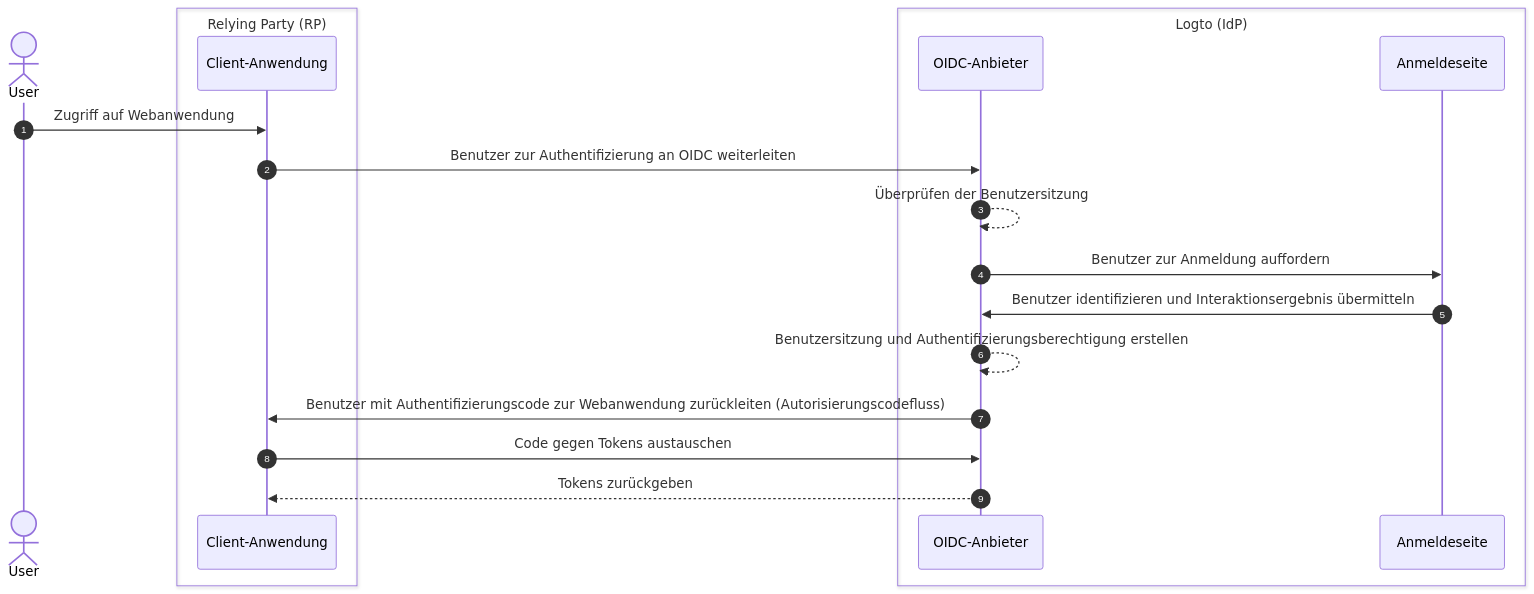
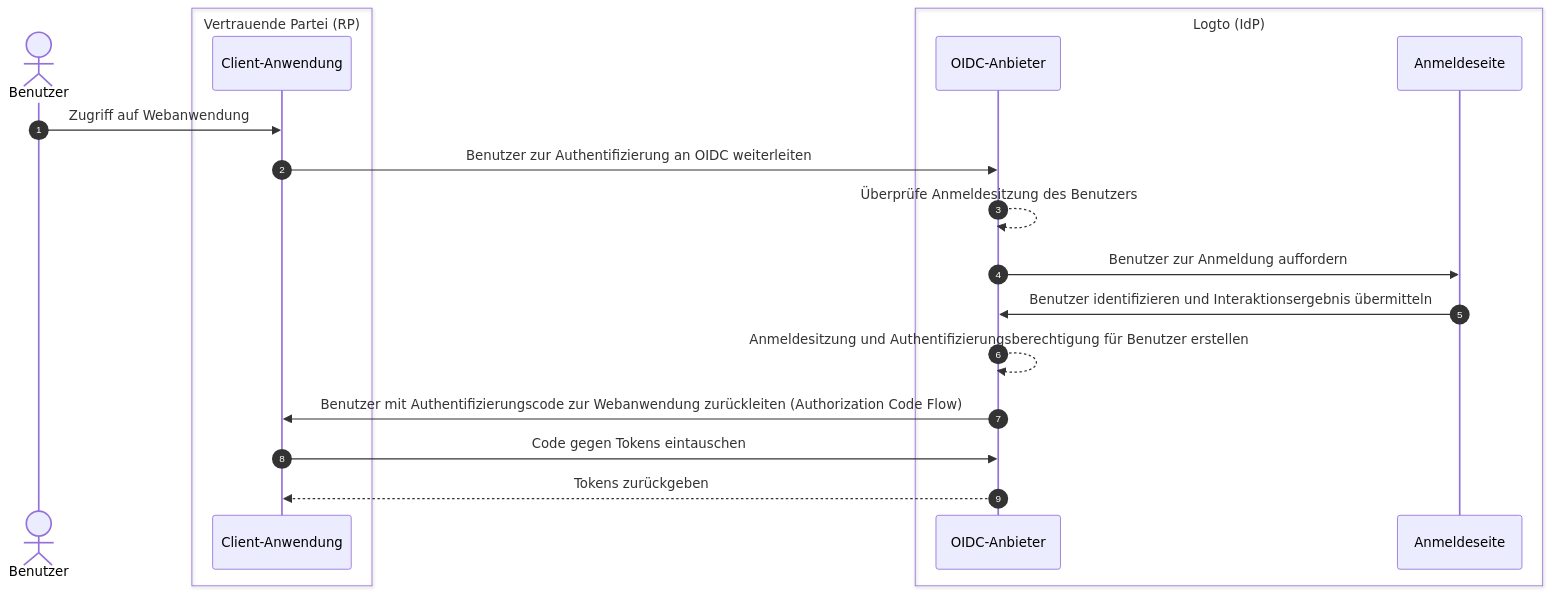
One commit to logto-io/docs changed the first of 3 diagrams in i18n/de/docusaurus-plugin-content-docs/current/end-user-flows/sign-out.mdx. Above: the diagram before and after it, drawn with Mermaid. The commit also changed other lines of this file and 137 other files, not shown here.

````diff
--- a/i18n/de/docusaurus-plugin-content-docs/current/end-user-flows/sign-out.mdx
+++ b/i18n/de/docusaurus-plugin-content-docs/current/end-user-flows/sign-out.mdx
@@ -13,24 +13,24 @@
 ```mermaid
   sequenceDiagram
     autonumber
-    actor User
+    actor Benutzer
 
-    box Relying Party (RP)
+    box Vertrauende Partei (RP)
       participant Client as Client-Anwendung
     end
 
     box Logto (IdP)
       participant OIDC as OIDC-Anbieter
       participant SignIn as Anmeldeseite
     end
 
-    User ->> Client: Zugriff auf Webanwendung
+    Benutzer ->> Client: Zugriff auf Webanwendung
     Client ->> OIDC: Benutzer zur Authentifizierung an OIDC weiterleiten
-    OIDC -->> OIDC: Überprüfen der Benutzersitzung
+    OIDC -->> OIDC: Überprüfe Anmeldesitzung des Benutzers
     OIDC ->> SignIn: Benutzer zur Anmeldung auffordern
     SignIn ->> OIDC: Benutzer identifizieren und Interaktionsergebnis übermitteln
-    OIDC -->> OIDC: Benutzersitzung und Authentifizierungsberechtigung erstellen
-    OIDC ->> Client: Benutzer mit Authentifizierungscode zur Webanwendung zurückleiten (Autorisierungscodefluss)
-    Client ->> OIDC: Code gegen Tokens austauschen
+    OIDC -->> OIDC: Anmeldesitzung und Authentifizierungsberechtigung für Benutzer erstellen
+    OIDC ->> Client: Benutzer mit Authentifizierungscode zur Webanwendung zurückleiten (Authorization Code Flow)
+    Client ->> OIDC: Code gegen Tokens eintauschen
     OIDC -->> Client: Tokens zurückgeben
 ```
````
